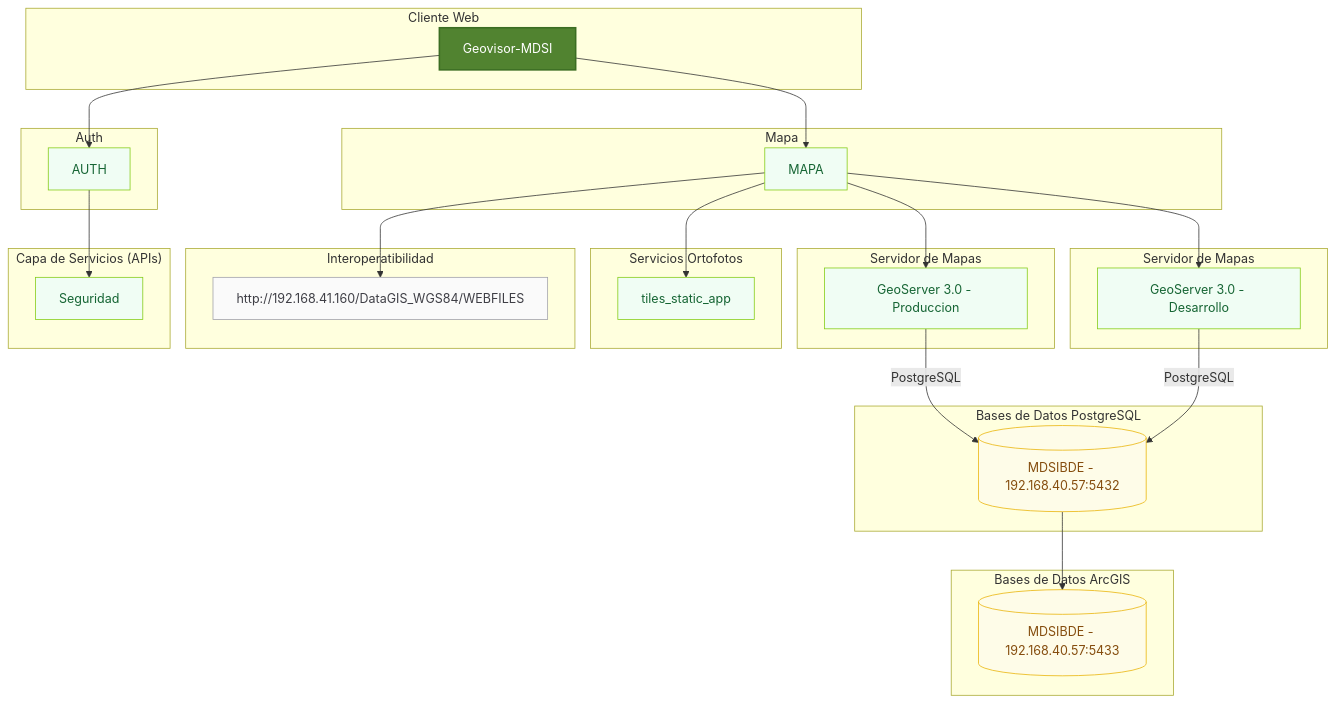
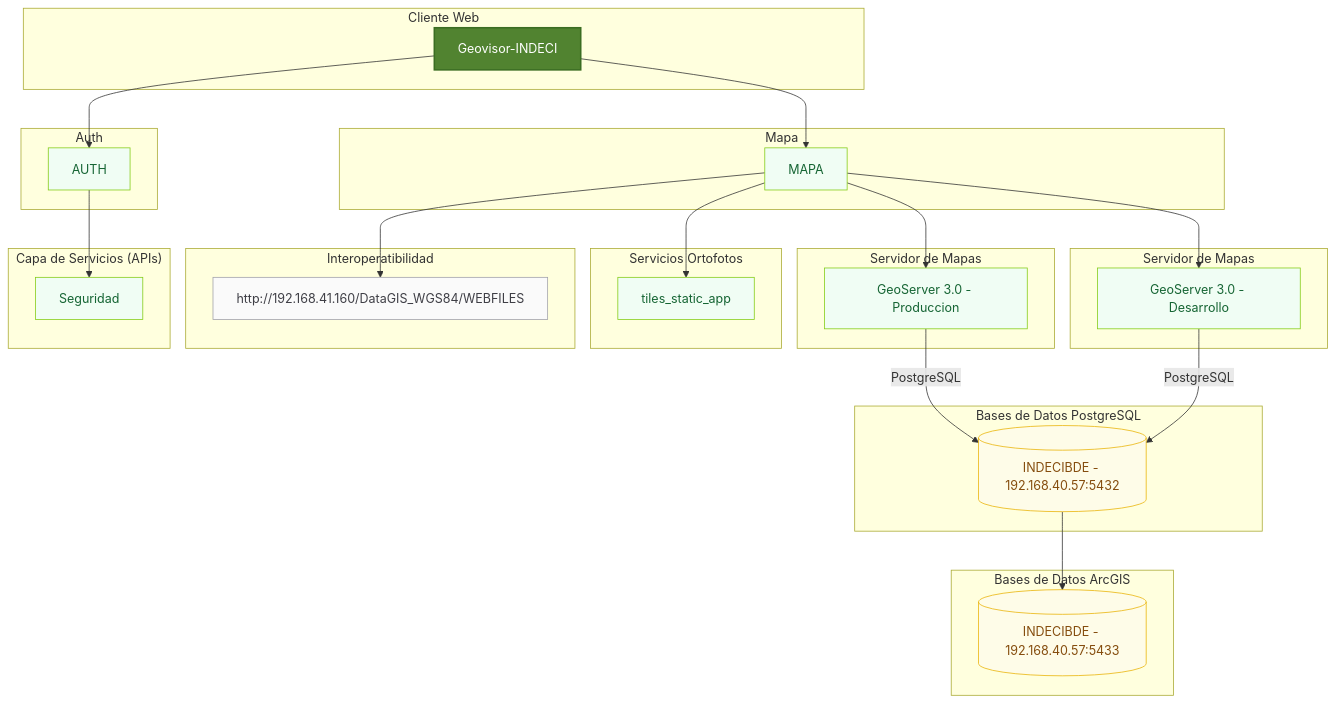
Before and after one commit to jchafloquem/geo-indeci: the diagram in README.md, drawn with Mermaid. The commit also changed other lines of this file and 11 other files, not shown here.

````diff
--- a/README.md
+++ b/README.md
@@ -65,75 +65,75 @@
 ```mermaid
 graph TB
   %% =========================
   %% COMPONENTES
   %% =========================
   subgraph "Cliente Web"
-    FRONT[Geovisor-MDSI]
+    FRONT[Geovisor-INDECI]
   end 
 
   subgraph "Auth"
     AUTH[AUTH]
   end
 
   subgraph "Mapa"
     MAPA[MAPA]
   end
 
   subgraph "Bases de Datos PostgreSQL"
-    DB1[(MDSIBDE - 192.168.40.57:5432)]
+    DB1[(INDECIBDE - 192.168.40.57:5432)]
   end
 
   subgraph "Bases de Datos ArcGIS"
-    DB2[(MDSIBDE - 192.168.40.57:5433)]
+    DB2[(INDECIBDE - 192.168.40.57:5433)]
   end
   
   subgraph "Servidor de Mapas"
     GEOSERVER_PROD[GeoServer 3.0 - Produccion]
   end
 
   subgraph "Servidor de Mapas"
     GEOSERVER_DEV[GeoServer 3.0 - Desarrollo]
   end
 
   subgraph "Servicios Ortofotos"
     ORTOFOTOS[tiles_static_app]
   end
 
   subgraph "Interoperatibilidad"
     INTER[http://192.168.41.160/DataGIS_WGS84/WEBFILES]
   end
 
   subgraph "Capa de Servicios (APIs)"
     SEGURIDAD[Seguridad]
   end  
 
   %% =========================
   %% RELACIONES
   %% =========================
   FRONT --> AUTH
   FRONT --> MAPA
   AUTH --> SEGURIDAD
   MAPA --> GEOSERVER_PROD
   MAPA --> GEOSERVER_DEV
   MAPA --> ORTOFOTOS
   MAPA --> INTER
   DB1 --> DB2
   
   GEOSERVER_PROD -- "PostgreSQL" --> DB1
   GEOSERVER_DEV -- "PostgreSQL" --> DB1
   
 
   %% =========================
   %% ESTILOS
   %% =========================
   classDef front fill:#518330,stroke:#3b6d22,stroke-width:2px,color:#fff;
   classDef service fill:#f0fdf4,stroke:#84cc16,stroke-width:1px,color:#166534;
   classDef db fill:#fefce8,stroke:#eab308,stroke-width:1px,color:#854d0e;
   classDef external fill:#fafafa,stroke:#a1a1aa,stroke-width:1px,color:#3f3f46;
 
   class FRONT front;
   class AUTH,MAPA,GEOSERVER_PROD,GEOSERVER_DEV,ORTOFOTOS,SEGURIDAD service;
   class INTER external;
   class DB1 db;
   class DB2 db;
 ```
````
